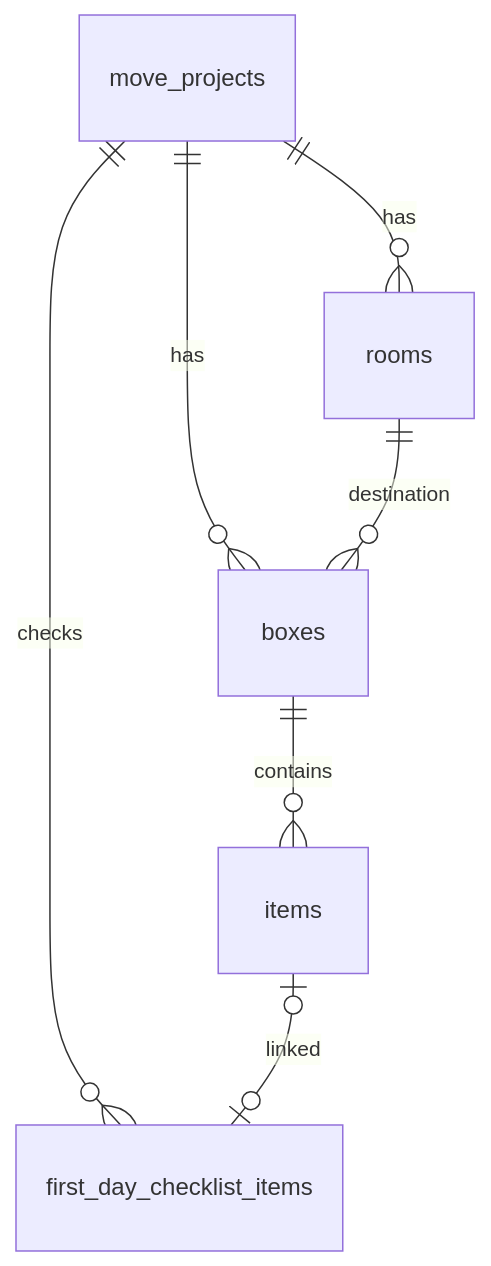
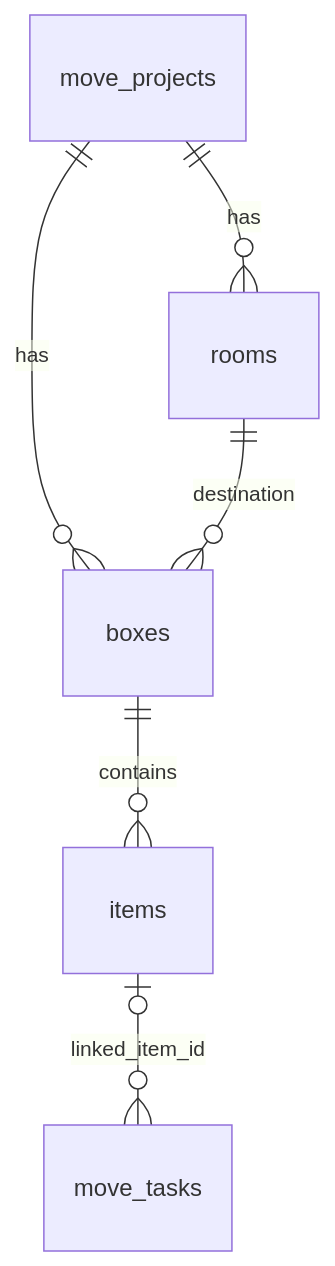
One commit to indx0/PROD-Hack-SPB-Backend-26 changed the sixth of 9 diagrams in RFC.md. Above: the diagram before and after it, drawn with Mermaid. The commit also changed other lines of this file, not shown here.

Commit message:
docs: clarify item task links and isolate legacy checklist schema

````diff
--- a/RFC.md
+++ b/RFC.md
@@ -132,9 +132,8 @@
 ```mermaid
 erDiagram
     move_projects ||--o{ rooms : has
     move_projects ||--o{ boxes : has
     rooms ||--o{ boxes : destination
     boxes ||--o{ items : contains
-    move_projects ||--o{ first_day_checklist_items : checks
-    items o|--o| first_day_checklist_items : linked
+    items o|--o{ move_tasks : linked_item_id
 ```
````
